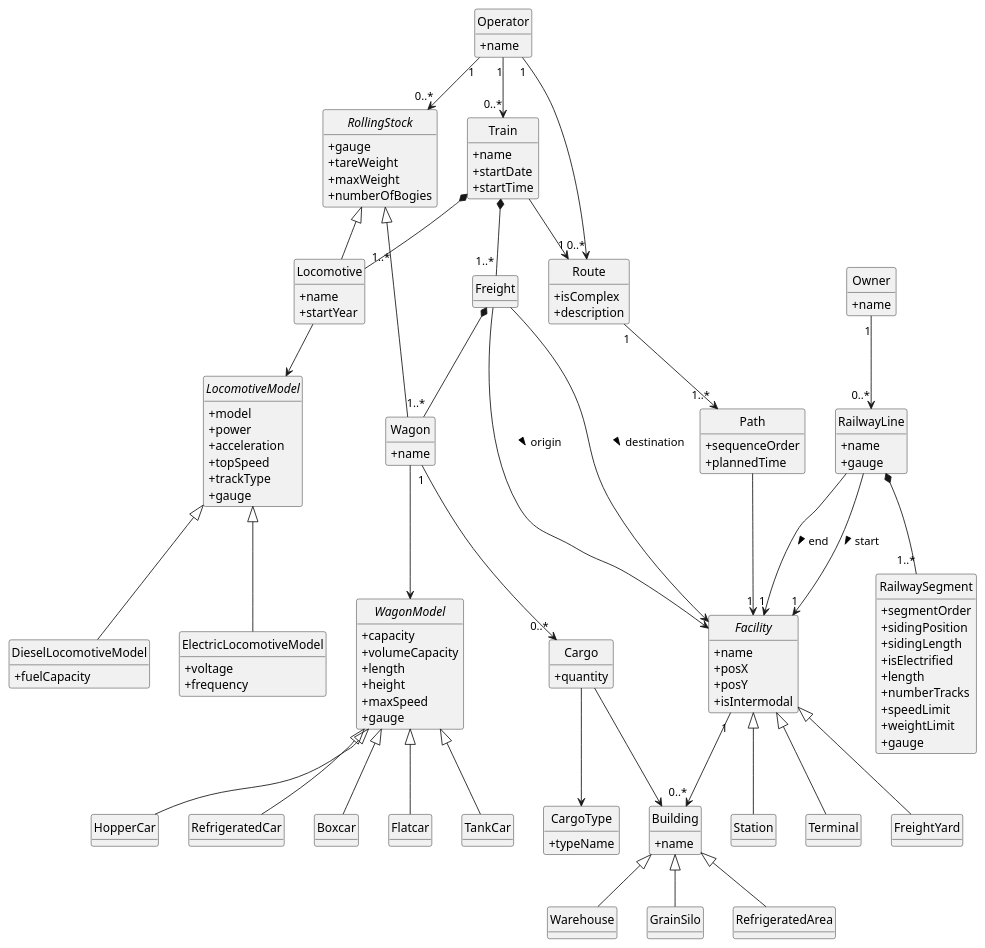
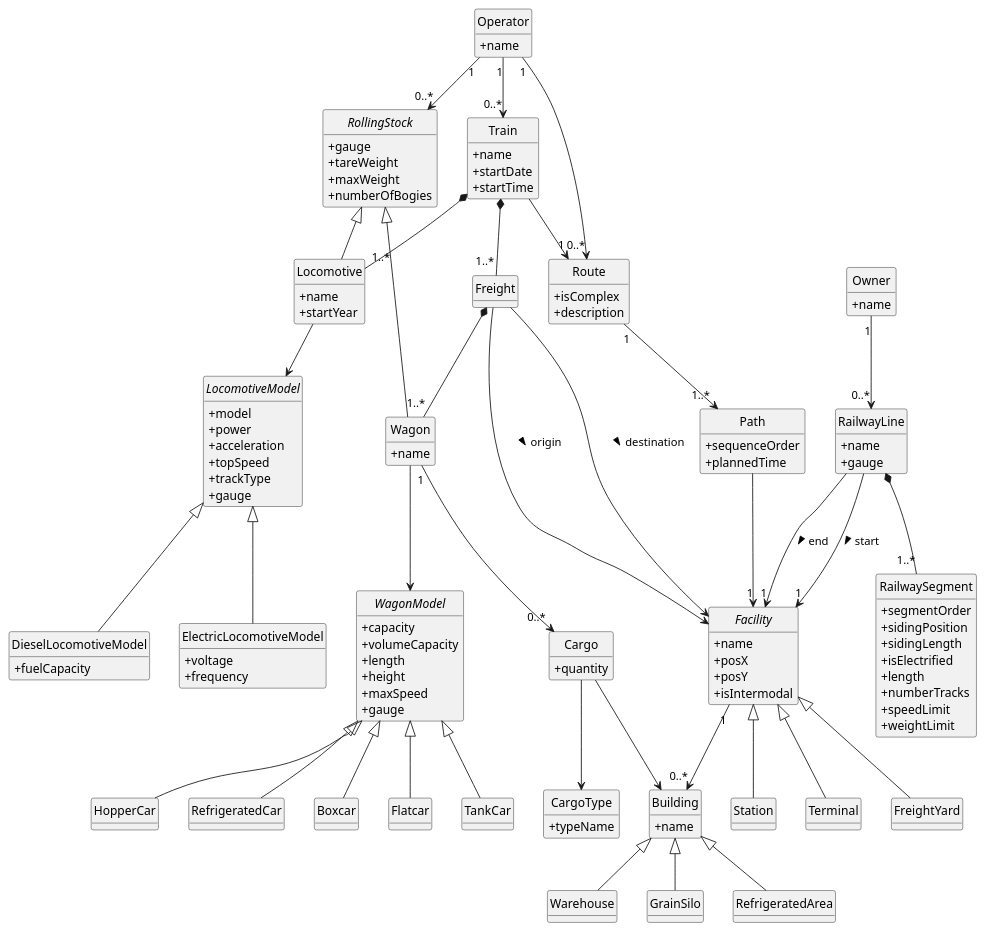
The diagram in doc/global-artifacts/02.analysis/puml/domain-model.puml (goncalolopesp/sem3-pi-25-26-g093-repo), drawn with PlantUML before and after one commit. The commit also changed 3 other files, not shown here.

```diff
--- a/doc/global-artifacts/02.analysis/puml/domain-model.puml
+++ b/doc/global-artifacts/02.analysis/puml/domain-model.puml
@@ -1,176 +1,175 @@
 @startuml
 hide circle
 hide methods
 skinparam monochrome true
 skinparam classAttributeIconSize 0
 skinparam shadowing false
 
 abstract class Facility {
   +name
   +posX
   +posY
   +isIntermodal
 }
 
 class Station {}
 class Terminal {}
 class FreightYard {}
 
 Facility <|-- Station
 Facility <|-- Terminal
 Facility <|-- FreightYard
 
 class RailwayLine {
   +name
   +gauge
 }
 
 class RailwaySegment {
   +segmentOrder
   +sidingPosition
   +sidingLength
   +isElectrified
   +length
   +numberTracks
   +speedLimit
   +weightLimit
-  +gauge
 }
 
 class Owner {
   +name
 }
 
 Owner "1" --> "0..*" RailwayLine
 RailwayLine *-- "1..*" RailwaySegment
 RailwayLine --> "1" Facility : start >
 RailwayLine --> "1" Facility : end >
 
 abstract class RollingStock {
   +gauge
   +tareWeight
   +maxWeight
   +numberOfBogies
 }
 
 class Locomotive {
   +name
   +startYear
 }
 
 class Wagon {
   +name
 }
 
 RollingStock <|-- Locomotive
 RollingStock <|-- Wagon
 
 abstract class LocomotiveModel {
   +model
   +power
   +acceleration
   +topSpeed
   +trackType
   +gauge
 }
 
 class DieselLocomotiveModel {
   +fuelCapacity
 }
 
 class ElectricLocomotiveModel {
   +voltage
   +frequency
 }
 
 LocomotiveModel <|-- DieselLocomotiveModel
 LocomotiveModel <|-- ElectricLocomotiveModel
 Locomotive --> LocomotiveModel
 
 abstract class WagonModel {
   +capacity
   +volumeCapacity
   +length
   +height
   +maxSpeed
   +gauge
 }
 
 class Boxcar {}
 class Flatcar {}
 class TankCar {}
 class HopperCar {}
 class RefrigeratedCar {}
 
 WagonModel <|-- Boxcar
 WagonModel <|-- Flatcar
 WagonModel <|-- TankCar
 WagonModel <|-- HopperCar
 WagonModel <|-- RefrigeratedCar
 Wagon --> WagonModel
 
 class Cargo {
   +quantity
 }
 
 class CargoType {
   +typeName
 }
 
 class Building {
   +name
 }
 
 class Warehouse {}
 class GrainSilo {}
 class RefrigeratedArea {}
 
 Building <|-- Warehouse
 Building <|-- GrainSilo
 Building <|-- RefrigeratedArea
 
 Facility "1" --> "0..*" Building
 Cargo --> CargoType
 Cargo --> Building
 
 class Freight {}
 
 Freight --> Facility : origin >
 Freight --> Facility : destination >
 Freight *-- "1..*" Wagon
 
 class Train {
   +name
   +startDate
   +startTime
 }
 
 Train *-- "1..*" Locomotive
 Train *-- "1..*" Freight
 
 class Operator {
   +name
 }
 
 Operator "1" --> "0..*" Train
 
 class Route {
   +isComplex
   +description
 }
 
 Operator "1" --> "0..*" Route
 Train --> "1" Route
 
 class Path {
   +sequenceOrder
   +plannedTime
 }
 
 Route "1" --> "1..*" Path
 Path --> "1" Facility
 
 Operator "1" --> "0..*" RollingStock
 Wagon "1" --> "0..*" Cargo
 
 @enduml
```
